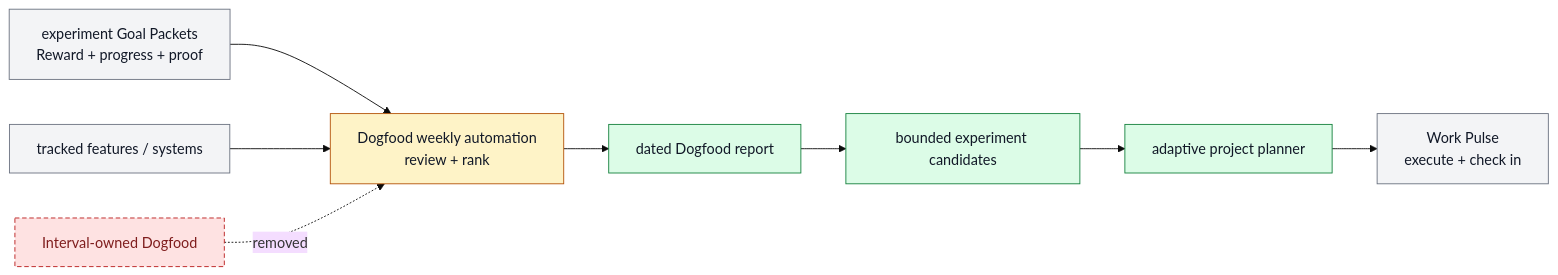
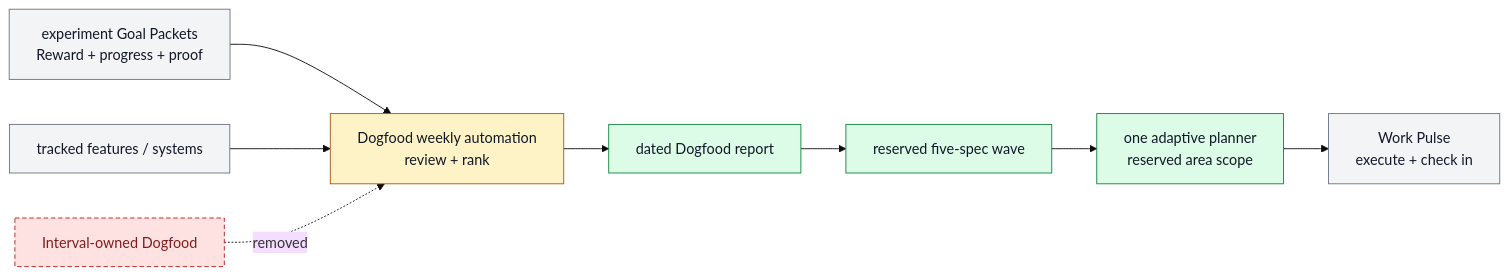
Before and after one commit to ZanarkandTechnologies/Farplane: the diagram in docs/features/FEAT-0070-experimental-feature-evaluation-reports.md, drawn with Mermaid (base theme). The commit also changed other lines of this file and 123 other files, not shown here.

````diff
--- a/docs/features/FEAT-0070-experimental-feature-evaluation-reports.md
+++ b/docs/features/FEAT-0070-experimental-feature-evaluation-reports.md
@@ -130,21 +145,21 @@
 ```mermaid
 flowchart LR
   classDef keep fill:#f3f4f6,stroke:#6b7280,color:#111827
   classDef changed fill:#fef3c7,stroke:#b45309,color:#111827
   classDef added fill:#dcfce7,stroke:#15803d,color:#111827
   classDef retired fill:#fee2e2,stroke:#b91c1c,color:#7f1d1d,stroke-dasharray: 5 3
 
   experiments["experiment Goal Packets<br/>Reward + progress + proof"]:::keep
   registry["tracked features / systems"]:::keep
   dogfood["Dogfood weekly automation<br/>review + rank"]:::changed
   report["dated Dogfood report"]:::added
-  packet["bounded experiment candidates"]:::added
+  packet["reserved five-spec wave"]:::added
   pulse["Work Pulse<br/>execute + check in"]:::keep
   interval["Interval-owned Dogfood"]:::retired
 
   experiments --> dogfood
   registry --> dogfood
-  planner["adaptive project planner"]:::added
+  planner["one adaptive planner<br/>reserved area scope"]:::added
   dogfood --> report --> packet --> planner --> pulse
   interval -. removed .-> dogfood
 ```
````
